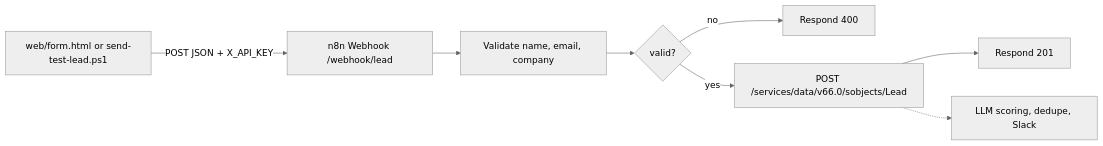
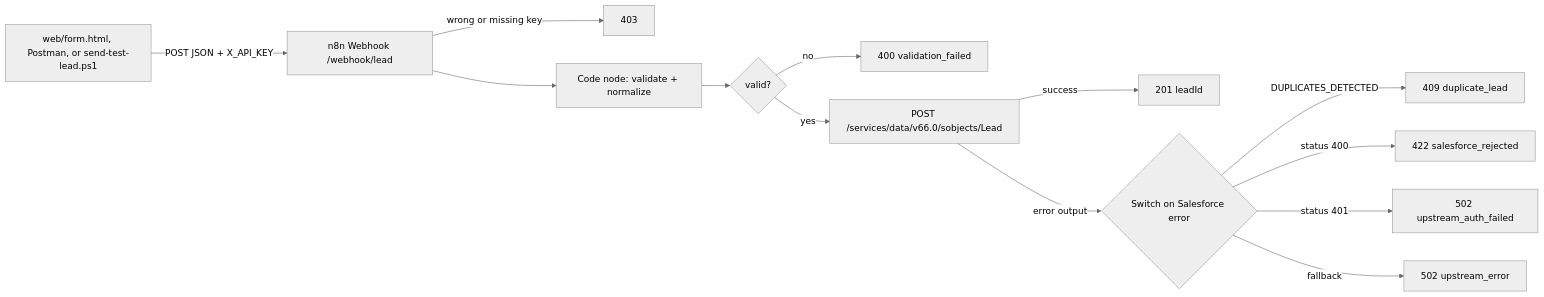
Before and after one commit to Param2596/sales-automation-n8n-ai: the diagram in README.md, drawn with Mermaid (neutral theme). The commit also changed other lines of this file and 9 other files, not shown here.

````diff
--- a/README.md
+++ b/README.md
@@ -11,10 +17,15 @@
 ```mermaid
 flowchart LR
-  A[web/form.html or send-test-lead.ps1] -->|POST JSON + X_API_KEY| B[n8n Webhook /webhook/lead]
-  B --> C[Validate name, email, company]
+  A[web/form.html, Postman, or send-test-lead.ps1] -->|POST JSON + X_API_KEY| B[n8n Webhook /webhook/lead]
+  B -->|wrong or missing key| X[403]
+  B --> C[Code node: validate + normalize]
   C --> D{valid?}
-  D -->|no| E[Respond 400]
+  D -->|no| E[400 validation_failed]
   D -->|yes| F["POST /services/data/v66.0/sobjects/Lead"]
-  F --> G[Respond 201]
-  F -.-> H[LLM scoring, dedupe, Slack]
+  F -->|success| G[201 leadId]
+  F -->|error output| S{Switch on Salesforce error}
+  S -->|DUPLICATES_DETECTED| H[409 duplicate_lead]
+  S -->|status 400| I[422 salesforce_rejected]
+  S -->|status 401| J[502 upstream_auth_failed]
+  S -->|fallback| K[502 upstream_error]
 ```
````
